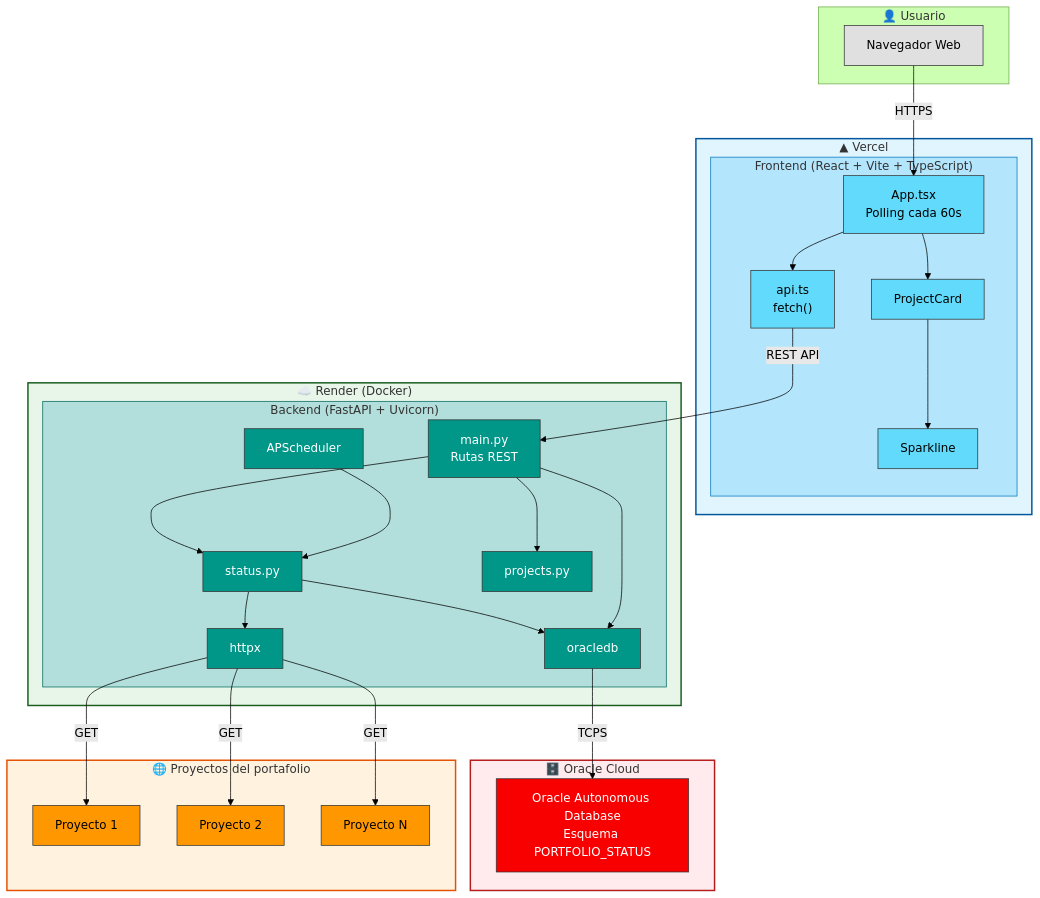
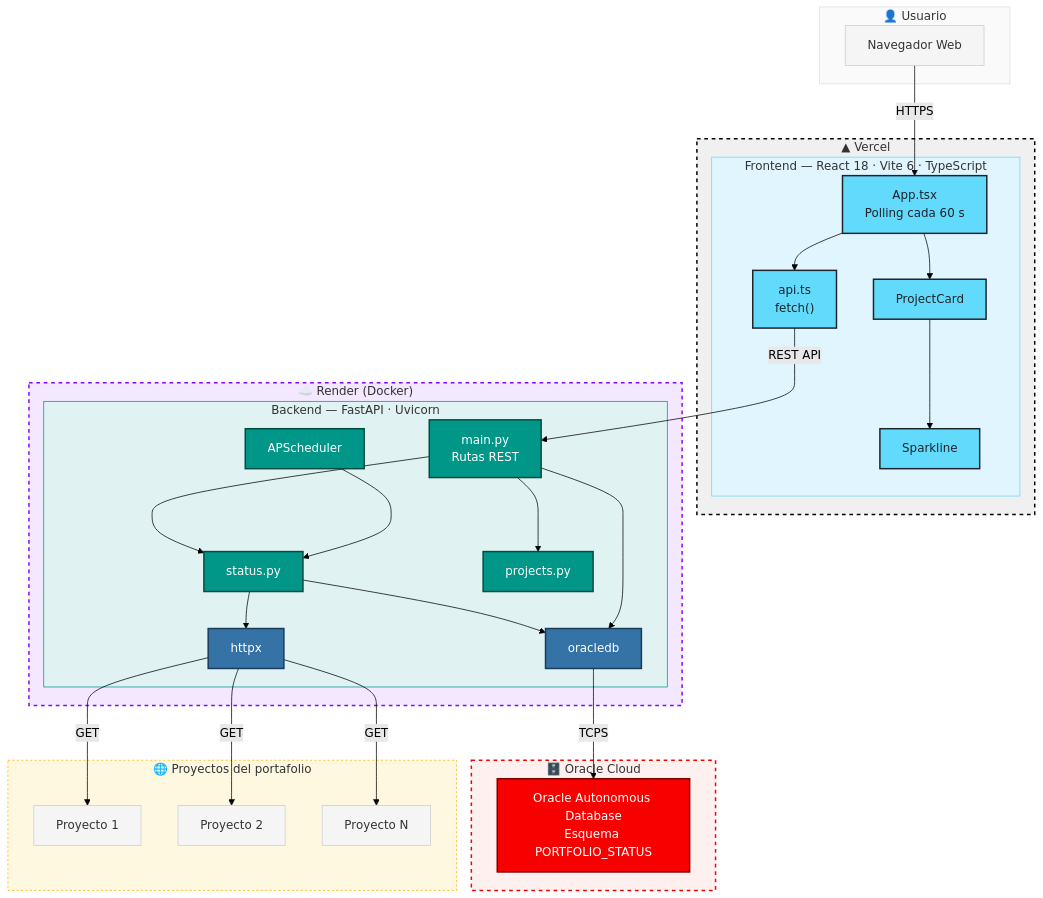
Before and after one commit to lariasca1994/ColombiaTech2: the diagram in README.md, drawn with Mermaid (forest theme).

Commit message:
Diagrama

````diff
--- a/README.md
+++ b/README.md
@@ -29,12 +27,13 @@
 ```mermaid
 flowchart TB
+
     subgraph Usuario["👤 Usuario"]
         Browser["Navegador Web"]
     end
 
     subgraph Vercel["▲ Vercel"]
-        subgraph Frontend["Frontend (React + Vite + TypeScript)"]
-            App["App.tsx<br/>Polling cada 60s"]
+        subgraph Frontend["Frontend — React 18 · Vite 6 · TypeScript"]
+            App["App.tsx<br/>Polling cada 60 s"]
             APIClient["api.ts<br/>fetch()"]
             Card["ProjectCard"]
             Spark["Sparkline"]
@@ -42,7 +41,7 @@
     end
 
     subgraph Render["☁️ Render (Docker)"]
-        subgraph Backend["Backend (FastAPI + Uvicorn)"]
+        subgraph Backend["Backend — FastAPI · Uvicorn"]
             Main["main.py<br/>Rutas REST"]
             Scheduler["APScheduler"]
             Status["status.py"]
@@ -62,6 +61,7 @@
         P3["Proyecto N"]
     end
 
+    %% ---- Flujo de datos ----
     Browser -->|HTTPS| App
     App --> APIClient
     App --> Card
@@ -78,22 +78,32 @@
     OracleDriver -->|TCPS| ADB
     Main --> OracleDriver
 
-    classDef user fill:#e0e0e0,stroke:#333,color:#000;
-    classDef frontend fill:#61dafb,stroke:#333,color:#000;
-    classDef backend fill:#009688,stroke:#333,color:#fff;
-    classDef db fill:#f80000,stroke:#333,color:#fff;
-    classDef external fill:#ff9800,stroke:#333,color:#000;
+    %% ---- Colores de marca (Brand Colors) ----
+    classDef react fill:#61DAFB,stroke:#20232A,stroke-width:2px,color:#20232A;
+    classDef vite fill:#BD34FE,stroke:#20232A,stroke-width:2px,color:#FFFFFF;
+    classDef typescript fill:#3178C6,stroke:#00273F,stroke-width:2px,color:#FFFFFF;
+    classDef fastapi fill:#009688,stroke:#004D40,stroke-width:2px,color:#FFFFFF;
+    classDef oracle fill:#F80000,stroke:#7F0000,stroke-width:2px,color:#FFFFFF;
+    classDef vercel fill:#000000,stroke:#333333,stroke-width:2px,color:#FFFFFF;
+    classDef render fill:#8A05FF,stroke:#4A008C,stroke-width:2px,color:#FFFFFF;
+    classDef docker fill:#2496ED,stroke:#0B6FC2,stroke-width:2px,color:#FFFFFF;
+    classDef python fill:#3572A5,stroke:#1A3A5C,stroke-width:2px,color:#FFFFFF;
+    classDef neutral fill:#F5F5F5,stroke:#CCCCCC,stroke-width:1px,color:#333333;
 
-    class Browser user;
-    class App,APIClient,Card,Spark frontend;
-    class Main,Scheduler,Status,Projects,HTTPX,OracleDriver backend;
-    class ADB db;
-    class P1,P2,P3 external;
+    class Browser neutral;
+    class App,APIClient,Card,Spark react;
+    class Main,Scheduler,Status,Projects fastapi;
+    class HTTPX,OracleDriver python;
+    class ADB oracle;
+    class P1,P2,P3 neutral;
 
-    style Vercel fill:#e1f5fe,stroke:#01579b,stroke-width:2px;
-    style Render fill:#e8f5e9,stroke:#1b5e20,stroke-width:2px;
-    style OracleCloud fill:#ffebee,stroke:#b71c1c,stroke-width:2px;
-    style Externos fill:#fff3e0,stroke:#e65100,stroke-width:2px;
-    style Frontend fill:#b3e5fc,stroke:#0277bd,stroke-width:1px;
-    style Backend fill:#b2dfdb,stroke:#00695c,stroke-width:1px;
+    %% ---- Estilos de subgráficos ----
+    style Usuario fill:#FAFAFA,stroke:#DDDDDD,stroke-width:1px;
+    style Vercel fill:#F0F0F0,stroke:#000000,stroke-width:2px,stroke-dasharray:5 5;
+    style Render fill:#F3E8FF,stroke:#8A05FF,stroke-width:2px,stroke-dasharray:5 5;
+    style OracleCloud fill:#FFF0F0,stroke:#F80000,stroke-width:2px,stroke-dasharray:5 5;
+    style Externos fill:#FFF8E1,stroke:#FFB300,stroke-width:1px,stroke-dasharray:3 3;
+
+    style Frontend fill:#E1F5FE,stroke:#61DAFB,stroke-width:1px;
+    style Backend fill:#E0F2F1,stroke:#009688,stroke-width:1px;
 ```
````
